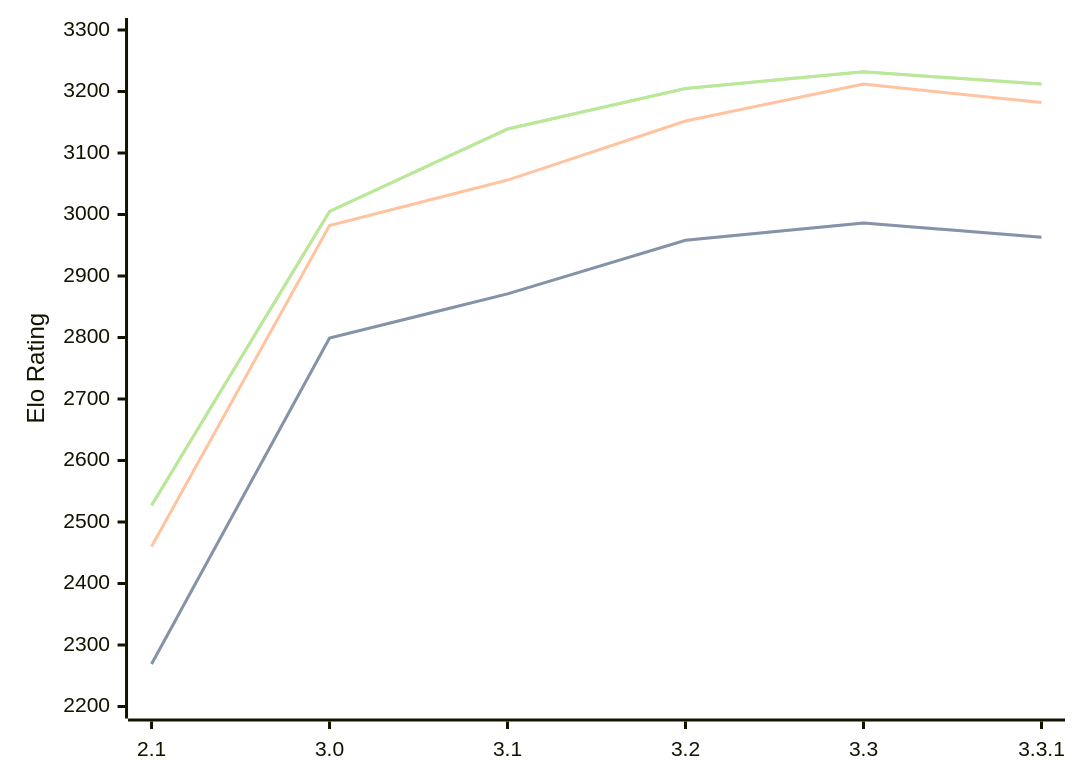
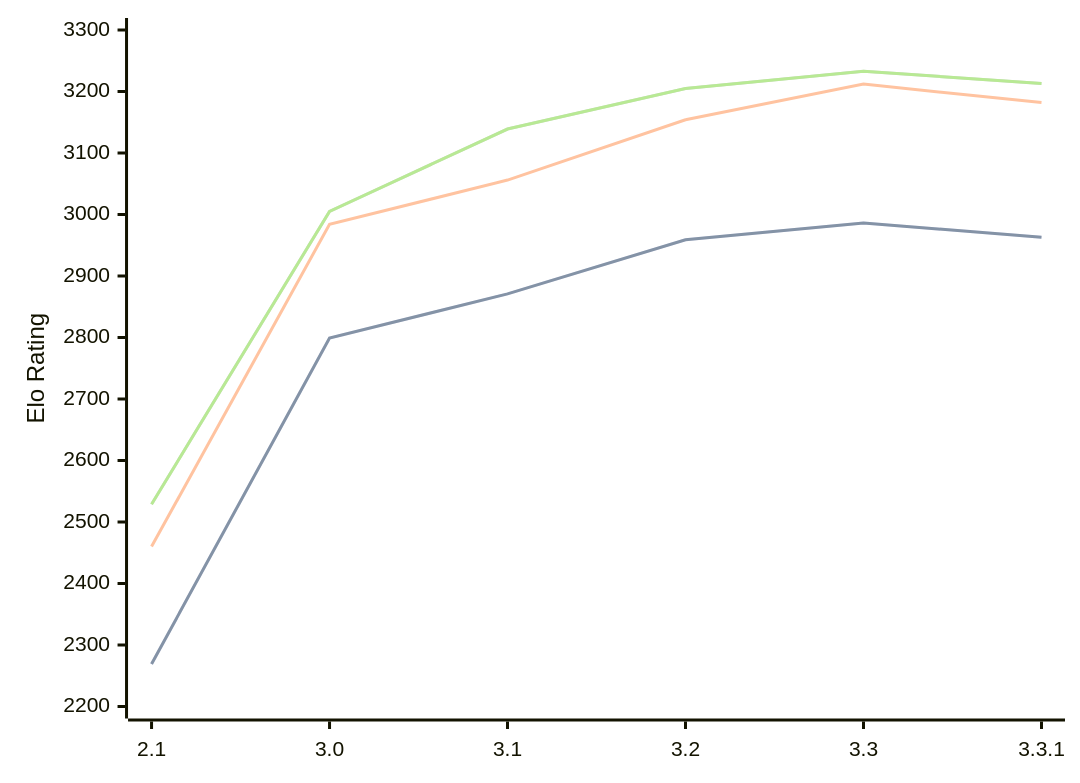
One commit to computer-chess-index/cci changed the diagram in engines/Petrel.md. Above: the diagram before and after it, drawn with Mermaid. The commit also changed other lines of this file, not shown here.

Commit message:
Update CCI Ratings (ELO VLTC) - 2026-02-17

````diff
--- a/engines/Petrel.md
+++ b/engines/Petrel.md
@@ -40,11 +40,11 @@
 ```mermaid
 %%{init: {"theme":"base","themeVariables":{"seriesColors:['#a3a3a3','#222221','#faa371']}}}%%
 xychart-beta
   x-axis ["2.1", "3.0", "3.1", "3.2", "3.3", "3.3.1"]
   y-axis "Elo Rating" 2200 --> 3300
-  line "STC (8.0+0.08s)" [2269, 2799, 2871, 2958, 2986, 2963]
-  line "STC (8.0+0.08s)" [2269, 2799, 2871, 2958, 2986, 2963]
-  line "LTC (60.0+0.60s)" [2460, 2982, 3056, 3152, 3212, 3182]
-  line "VLTC (2m24s+1.12s)" [2527, 3005, 3139, 3205, 3232, 3212]
-  line "VLTC (2m24s+1.12s)" [2527, 3005, 3139, 3205, 3232, 3212]
+  line "STC (8.0+0.08s)" [2269, 2799, 2871, 2959, 2986, 2963]
+  line "STC (8.0+0.08s)" [2269, 2799, 2871, 2959, 2986, 2963]
+  line "LTC (60.0+0.60s)" [2460, 2984, 3056, 3154, 3212, 3182]
+  line "VLTC (2m24s+1.12s)" [2529, 3005, 3139, 3205, 3233, 3213]
+  line "VLTC (2m24s+1.12s)" [2529, 3005, 3139, 3205, 3233, 3213]
 ```
````
